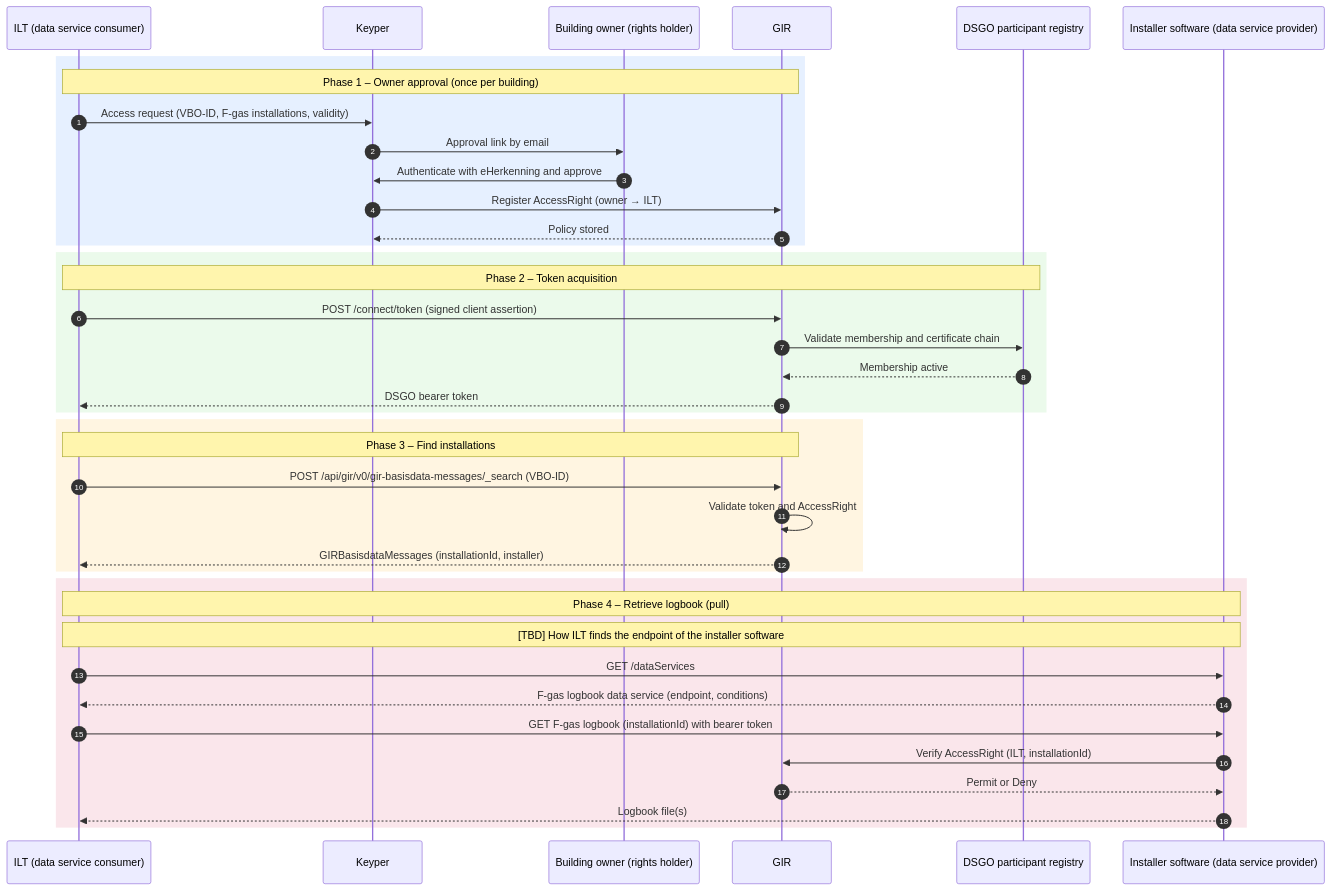
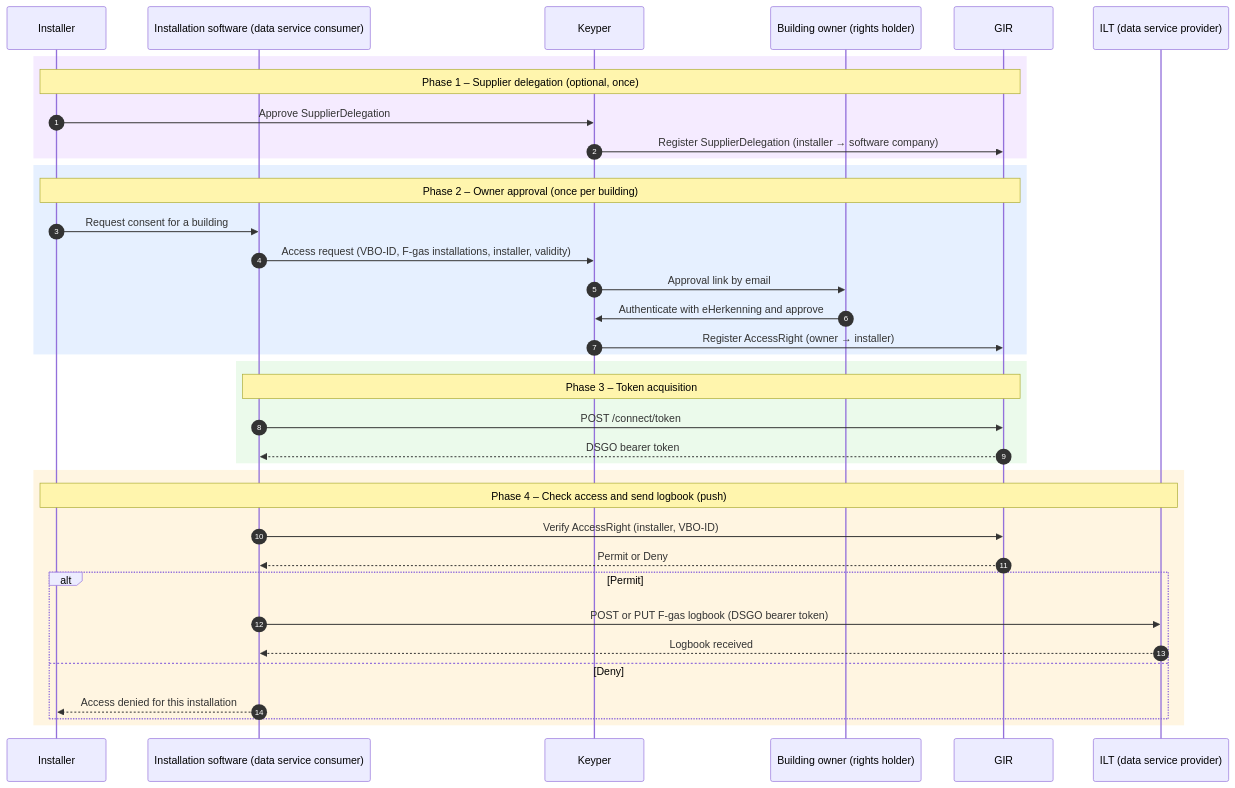
The diagram in gir/f-gas-logbooks-ilt.md (POORT8/Poort8.Docs), drawn with Mermaid before and after one commit. The commit also changed other lines of this file and 7 other files, not shown here.

````diff
--- a/gir/f-gas-logbooks-ilt.md
+++ b/gir/f-gas-logbooks-ilt.md
@@ -24,45 +26,43 @@
 ```mermaid
 sequenceDiagram
     autonumber
-    participant ILT as ILT (data service consumer)
+    participant Installer as Installer
+    participant SW as Installation software (data service consumer)
     participant Keyper as Keyper
     participant Owner as Building owner (rights holder)
     participant GIR as GIR
-    participant SAT as DSGO participant registry
-    participant SW as Installer software (data service provider)
+    participant ILT as ILT (data service provider)
+
+    rect rgb(245, 235, 255)
+    note over Installer,GIR: Phase 1 – Supplier delegation (optional, once)
+    Installer->>Keyper: Approve SupplierDelegation
+    Keyper->>GIR: Register SupplierDelegation (installer → software company)
+    end
 
     rect rgb(230, 240, 255)
-    note over ILT,GIR: Phase 1 – Owner approval (once per building)
-    ILT->>Keyper: Access request (VBO-ID, F-gas installations, validity)
+    note over Installer,GIR: Phase 2 – Owner approval (once per building)
+    Installer->>SW: Request consent for a building
+    SW->>Keyper: Access request (VBO-ID, F-gas installations, installer, validity)
     Keyper->>Owner: Approval link by email
     Owner->>Keyper: Authenticate with eHerkenning and approve
-    Keyper->>GIR: Register AccessRight (owner → ILT)
-    GIR-->>Keyper: Policy stored
+    Keyper->>GIR: Register AccessRight (owner → installer)
     end
 
     rect rgb(235, 250, 235)
-    note over ILT,SAT: Phase 2 – Token acquisition
-    ILT->>GIR: POST /connect/token (signed client assertion)
-    GIR->>SAT: Validate membership and certificate chain
-    SAT-->>GIR: Membership active
-    GIR-->>ILT: DSGO bearer token
+    note over SW,GIR: Phase 3 – Token acquisition
+    SW->>GIR: POST /connect/token
+    GIR-->>SW: DSGO bearer token
     end
 
     rect rgb(255, 245, 225)
-    note over ILT,GIR: Phase 3 – Find installations
-    ILT->>GIR: POST /api/gir/v0/gir-basisdata-messages/_search (VBO-ID)
-    GIR->>GIR: Validate token and AccessRight
-    GIR-->>ILT: GIRBasisdataMessages (installationId, installer)
+    note over Installer,ILT: Phase 4 – Check access and send logbook (push)
+    SW->>GIR: Verify AccessRight (installer, VBO-ID)
+    GIR-->>SW: Permit or Deny
+    alt Permit
+    SW->>ILT: POST or PUT F-gas logbook (DSGO bearer token)
+    ILT-->>SW: Logbook received
+    else Deny
+    SW-->>Installer: Access denied for this installation
     end
-
-    rect rgb(250, 230, 235)
-    note over ILT,SW: Phase 4 – Retrieve logbook (pull)
-    note over ILT,SW: [TBD] How ILT finds the endpoint of the installer software
-    ILT->>SW: GET /dataServices
-    SW-->>ILT: F-gas logbook data service (endpoint, conditions)
-    ILT->>SW: GET F-gas logbook (installationId) with bearer token
-    SW->>GIR: Verify AccessRight (ILT, installationId)
-    GIR-->>SW: Permit or Deny
-    SW-->>ILT: Logbook file(s)
     end
 ```
````
